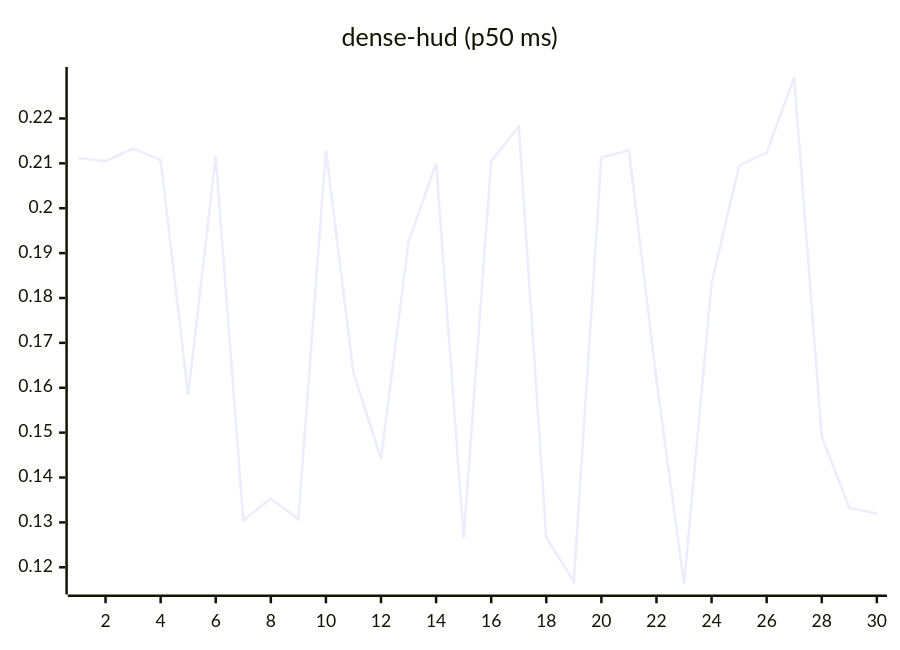
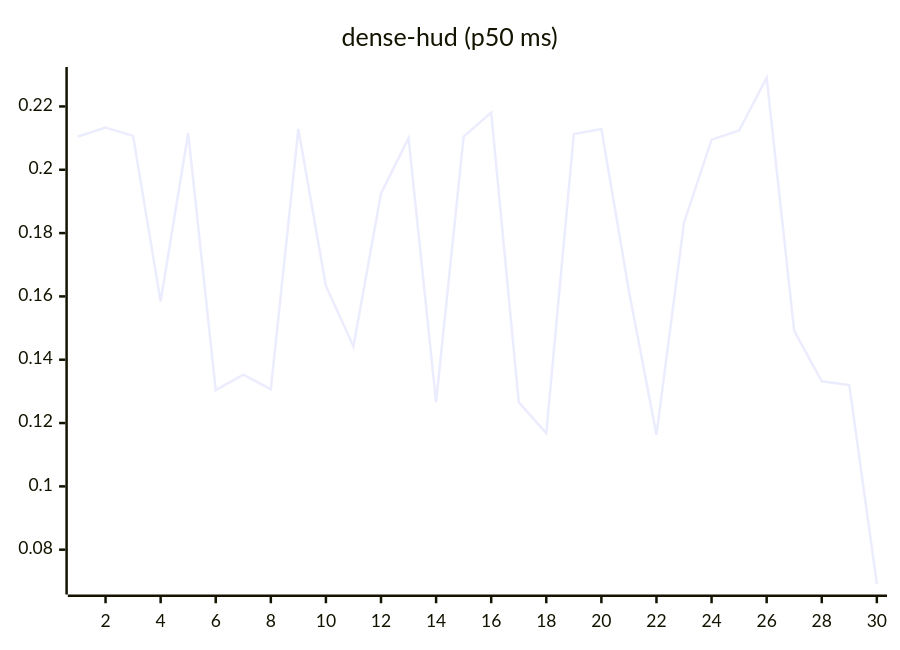
One commit to josha/Facet changed the eighth of 27 diagrams in README.md. Above: the diagram before and after it, drawn with Mermaid. The commit also changed other lines of this file and 2 other files, not shown here.

````diff
--- a/README.md
+++ b/README.md
@@ -112,6 +112,6 @@
 ```mermaid
 xychart-beta
     title "dense-hud (p50 ms)"
     x-axis 1 --> 30
-    line [0.2112, 0.2105, 0.2133, 0.2107, 0.1584, 0.2116, 0.1304, 0.1353, 0.1307, 0.2129, 0.1633, 0.1442, 0.1925, 0.2100, 0.1266, 0.2105, 0.2181, 0.1266, 0.1168, 0.2113, 0.2129, 0.1617, 0.1163, 0.1833, 0.2095, 0.2124, 0.2291, 0.1491, 0.1332, 0.1320]
+    line [0.2105, 0.2133, 0.2107, 0.1584, 0.2116, 0.1304, 0.1353, 0.1307, 0.2129, 0.1633, 0.1442, 0.1925, 0.2100, 0.1266, 0.2105, 0.2181, 0.1266, 0.1168, 0.2113, 0.2129, 0.1617, 0.1163, 0.1833, 0.2095, 0.2124, 0.2291, 0.1491, 0.1332, 0.1320, 0.0692]
 ```
````
